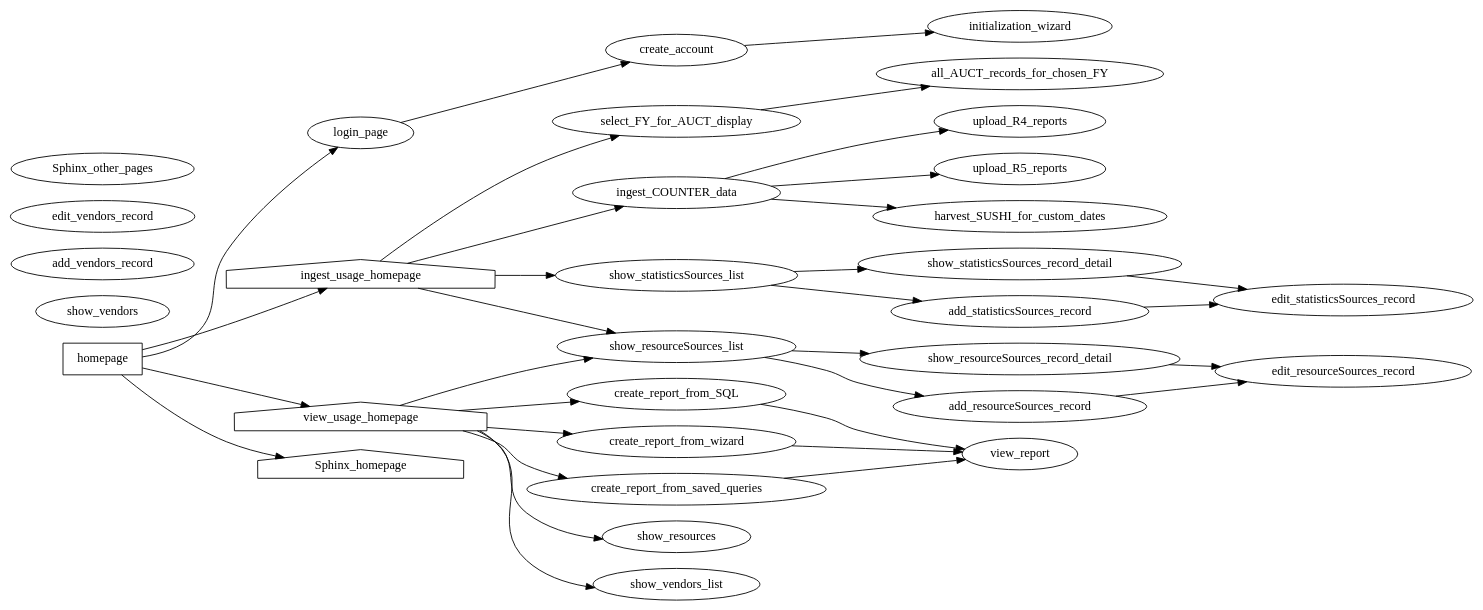
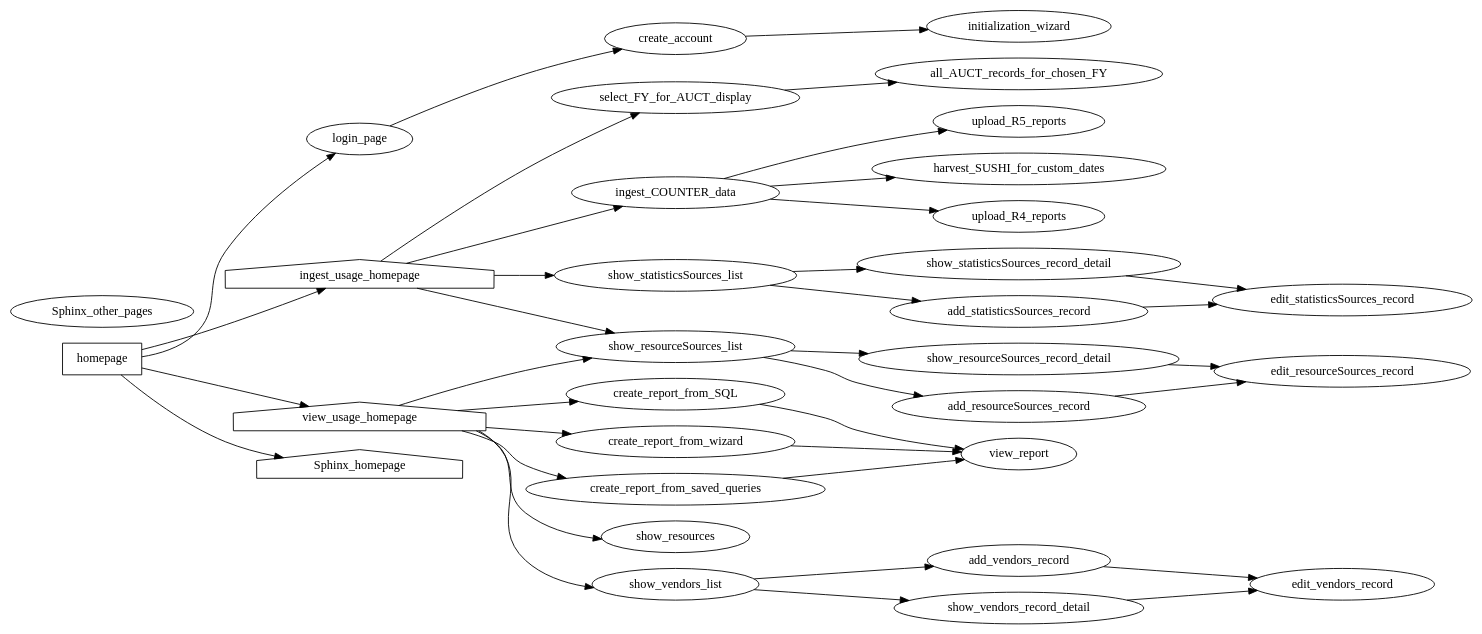
Before and after one commit to ereiskind/nolcat: the diagram in docs/source/sitemap.dot, drawn with Graphviz.

Commit message:
Update vendors pages

```diff
--- a/docs/source/sitemap.dot
+++ b/docs/source/sitemap.dot
@@ -1,108 +1,101 @@
 digraph nolcat_sitemap {
     /* *** NoLCAT SITEMAP *** */
     rankdir=LR
 
 
     /* *** Main NoLCAT Folder *** */
     homepage [shape="box"]
         homepage -> login_page
         homepage -> ingest_usage_homepage
         homepage -> view_usage_homepage
         homepage -> Sphinx_homepage
     login_page
         login_page -> create_account
     create_account
         create_account -> initialization_wizard // Page in `ingest` section; linkage because program will request data for database initialization upon creation of first account
     // And any other pages needed for authentication
 
 
     /* *** `ingest` Blueprint *** */
     ingest_usage_homepage [shape="house"]
         ingest_usage_homepage -> ingest_COUNTER_data
         ingest_usage_homepage -> show_statisticsSources_list
         ingest_usage_homepage -> show_resourceSources_list
         ingest_usage_homepage -> select_FY_for_AUCT_display
     
     // Pages for ingesting COUNTER data
     ingest_COUNTER_data
         ingest_COUNTER_data -> upload_R4_reports
         ingest_COUNTER_data -> upload_R5_reports
         ingest_COUNTER_data -> harvest_SUSHI_for_custom_dates
     upload_R4_reports
     upload_R5_reports
     harvest_SUSHI_for_custom_dates
     initialization_wizard
 
     // Pages for viewing status of usage collection for a given FY
     select_FY_for_AUCT_display
         select_FY_for_AUCT_display -> all_AUCT_records_for_chosen_FY
     all_AUCT_records_for_chosen_FY
 
 
     /* *** `view` Blueprint *** */
     view_usage_homepage [shape="house"]
         view_usage_homepage -> create_report_from_SQL
         view_usage_homepage -> create_report_from_wizard
         view_usage_homepage -> create_report_from_saved_queries
         view_usage_homepage -> show_resourceSources_list
         view_usage_homepage -> show_resources
         view_usage_homepage -> show_vendors_list
+    show_resources // Meaning the items in the resources table
     
     // Pages for Querying and Displaying Usage Data
     create_report_from_SQL // Runs a custom SQL statement against the database
         create_report_from_SQL -> view_report
     create_report_from_wizard // GUI options are used to write SQL behind the scenes
         create_report_from_wizard -> view_report
     create_report_from_saved_queries // SQL statements that are either complete or only ask for one input for commonly asked questions
         create_report_from_saved_queries -> view_report
     view_report
 
 
     /* *** View Records from a Relation *** */
     // Not sure if this should go in `ingest`, `view`, or a new `records` blueprint
     show_statisticsSources_list
         show_statisticsSources_list -> add_statisticsSources_record
         show_statisticsSources_list -> show_statisticsSources_record_detail
     add_statisticsSources_record
         add_statisticsSources_record -> edit_statisticsSources_record // To provide info for the new record
     show_statisticsSources_record_detail
         show_statisticsSources_record_detail -> edit_statisticsSources_record
     edit_statisticsSources_record // Includes adding or editing notes
 
     show_resourceSources_list
         show_resourceSources_list -> add_resourceSources_record
         show_resourceSources_list -> show_resourceSources_record_detail
     add_resourceSources_record
         add_resourceSources_record -> edit_resourceSources_record // To provide info for the new record
     show_resourceSources_record_detail
         show_resourceSources_record_detail -> edit_resourceSources_record
     edit_resourceSources_record // Includes adding or editing notes
 
+    show_vendors_list
+        show_vendors_list -> add_vendors_record
+        show_vendors_list -> show_vendors_record_detail
+    add_vendors_record
+        add_vendors_record -> edit_vendors_record // To provide info for the new record
+    show_vendors_record_detail
+        show_vendors_record_detail -> edit_vendors_record
+    edit_vendors_record // Includes adding or editing notes
+
 
     
-    /* *** Reviewing Usage Statistics *** */
-    // Pages for reviewing usage data
-    
-
-    show_resources // Meaning the items in the resources table
-    
-        //show_resourceSources -> add_resourceSources_record
-    add_resourceSources_record
-        //show_resourceSources_record_detail -> edit_resourceSources_record
-    edit_resourceSources_record // Includes adding or editing notes
-    /* A way to handle adding `statisticsSources` to these `resourcesSources` must be developed */
-
-    show_vendors
-        //show_vendors -> add_vendors_record
-    add_vendors_record
-        //show_vendors_record_detail -> edit_vendors_record
-    edit_vendors_record // Includes adding or editing notes
 
 
     /* *** Program Documentation *** */
     // The Sphinx documentation for the web app
     Sphinx_homepage [shape="house"]
         //Sphinx_homepage -> Sphinx_other_pages
 
     Sphinx_other_pages // Use Sphinx itself for site organization
 }
```
